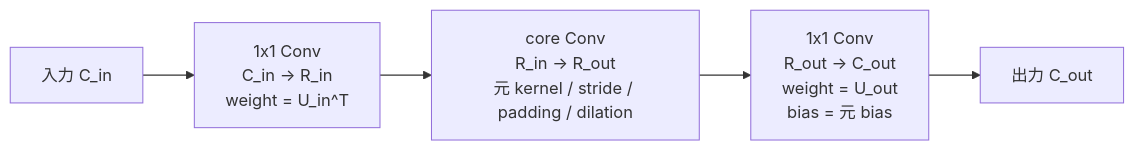
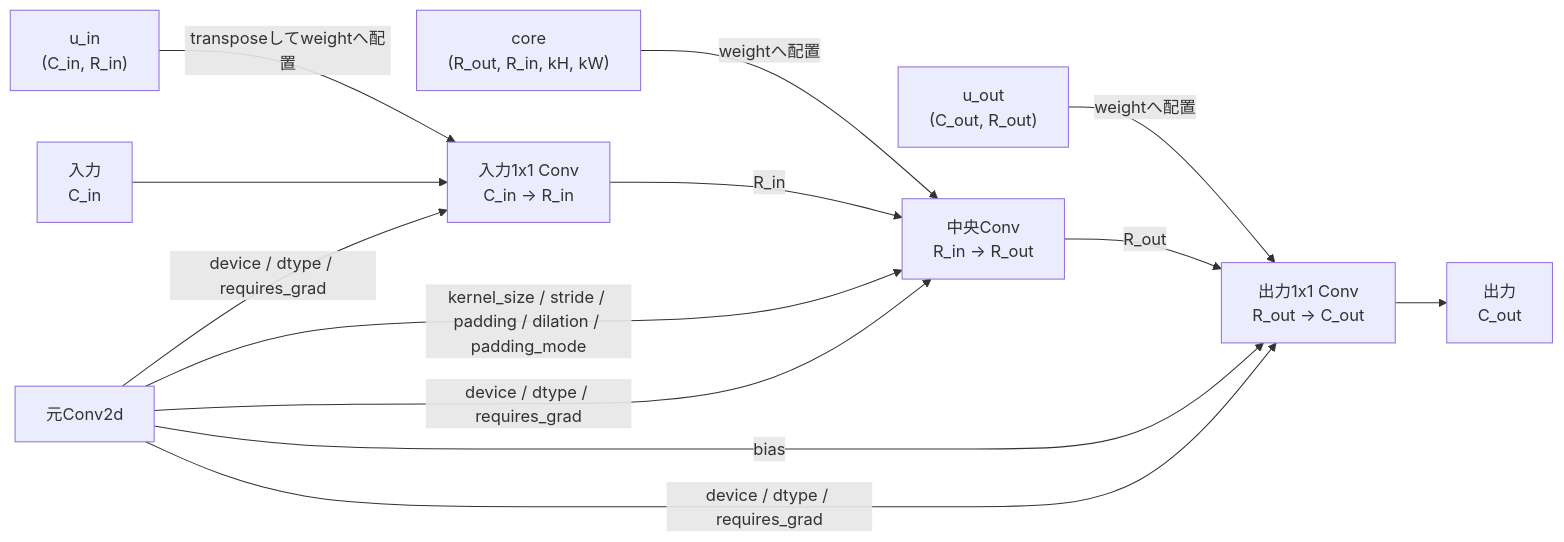
Before and after one commit to astrare2480/nn-compression-svd-dmrg: the diagram in docs/07_src設計/05_Core_API_v1/compression/build_tucker2_conv_from_components.md, drawn with Mermaid. The commit also changed other lines of this file, not shown here.

Commit message:
docs: improve Tucker2 component placement diagram

````diff
--- a/docs/07_src設計/05_Core_API_v1/compression/build_tucker2_conv_from_components.md
+++ b/docs/07_src設計/05_Core_API_v1/compression/build_tucker2_conv_from_components.md
@@ -63,7 +63,17 @@
 ```mermaid
 flowchart LR
-    X["入力 C_in"] --> A["1x1 Conv\nC_in → R_in\nweight = U_in^T"]
-    A --> B["core Conv\nR_in → R_out\n元 kernel / stride / padding / dilation"]
-    B --> C["1x1 Conv\nR_out → C_out\nweight = U_out\nbias = 元 bias"]
-    C --> Y["出力 C_out"]
+    UI["u_in<br/>(C_in, R_in)"] -->|"transposeしてweightへ配置"| A["入力1x1 Conv<br/>C_in → R_in"]
+    CORE["core<br/>(R_out, R_in, kH, kW)"] -->|"weightへ配置"| B["中央Conv<br/>R_in → R_out"]
+    UO["u_out<br/>(C_out, R_out)"] -->|"weightへ配置"| C["出力1x1 Conv<br/>R_out → C_out"]
+
+    X["入力<br/>C_in"] --> A
+    A -->|"R_in"| B
+    B -->|"R_out"| C
+    C --> Y["出力<br/>C_out"]
+
+    CONV["元Conv2d"] -->|"kernel_size / stride / padding / dilation / padding_mode"| B
+    CONV -->|"bias"| C
+    CONV -->|"device / dtype / requires_grad"| A
+    CONV -->|"device / dtype / requires_grad"| B
+    CONV -->|"device / dtype / requires_grad"| C
 ```
````
